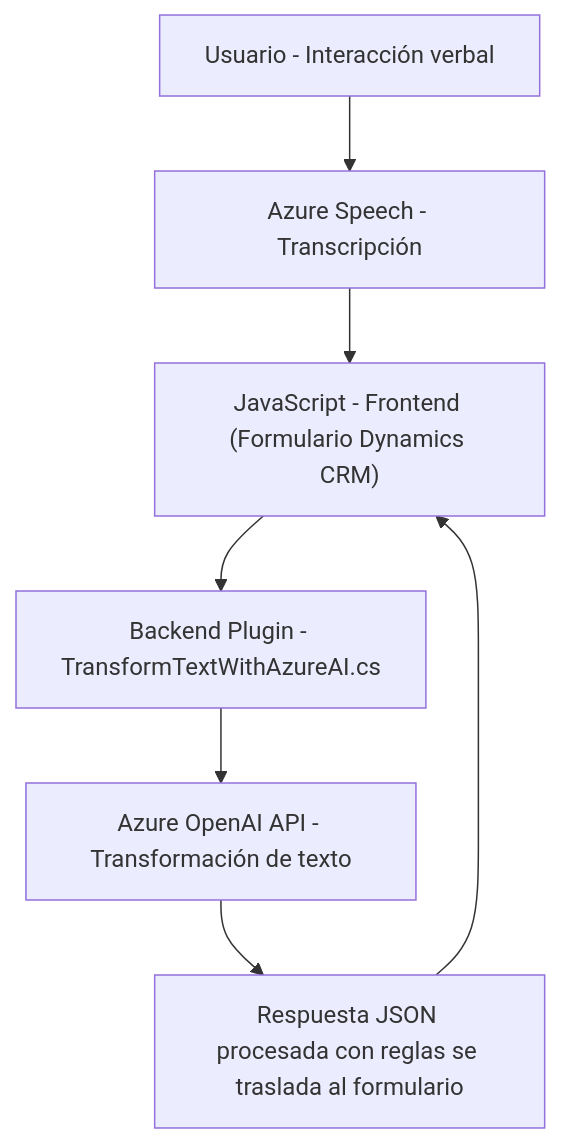
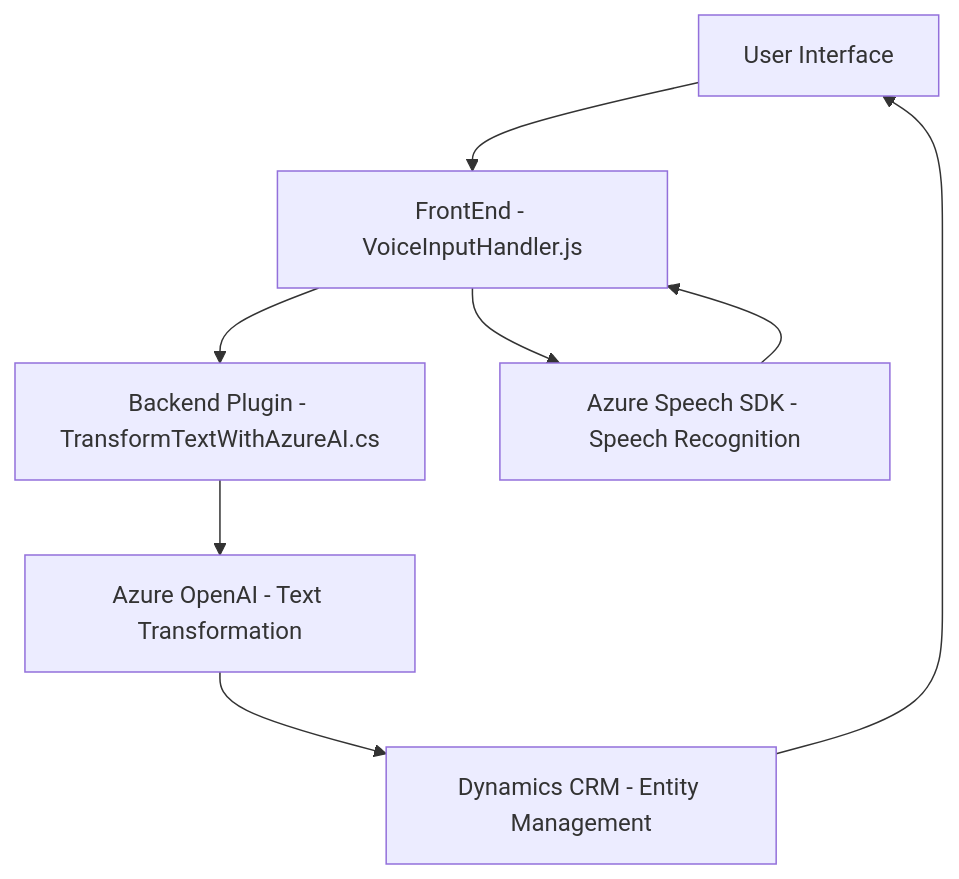
Before and after one commit to blopezdm/NETCORE_BILBAO2025: the diagram in README.md, drawn with Mermaid. The commit also changed other lines of this file, not shown here.

Commit message:
Actualizar análisis global de la solución con IA

````diff
--- a/README.md
+++ b/README.md
@@ -41,9 +42,17 @@
 ```mermaid
 graph TD
-    A["Usuario - Interacción verbal"] --> B["Azure Speech - Transcripción"]
-    B --> C["JavaScript - Frontend (Formulario Dynamics CRM)"]
-    C --> D["Backend Plugin - TransformTextWithAzureAI.cs"]
-    D --> E["Azure OpenAI API - Transformación de texto"]
-    E --> F["Respuesta JSON procesada con reglas se traslada al formulario"]
-    F --> C
+    A["User Interface"]
+    B["FrontEnd - VoiceInputHandler.js"]
+    C["Backend Plugin - TransformTextWithAzureAI.cs"]
+    D["Azure Speech SDK - Speech Recognition"]
+    E["Azure OpenAI - Text Transformation"]
+    F["Dynamics CRM - Entity Management"]
+
+    A --> B
+    B --> D
+    D --> B
+    B --> C
+    C --> E
+    E --> F
+    F --> A
 ```
````
